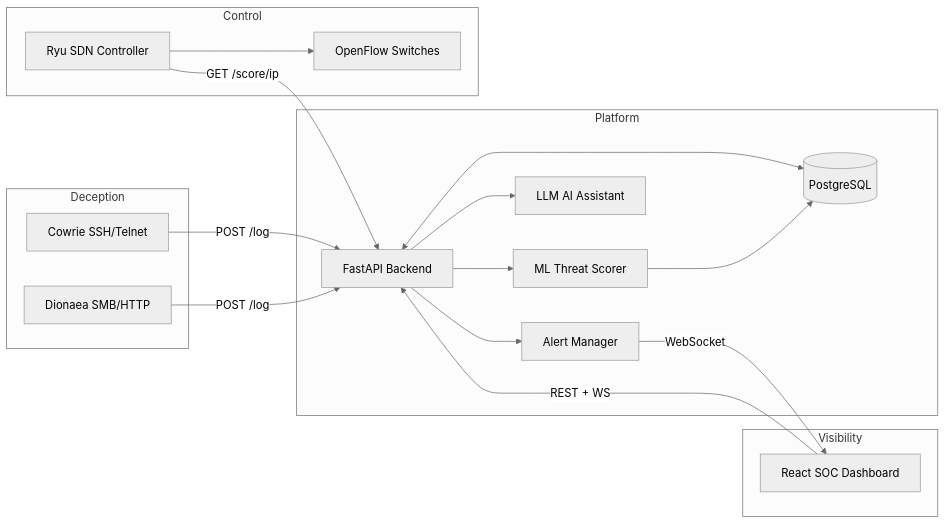
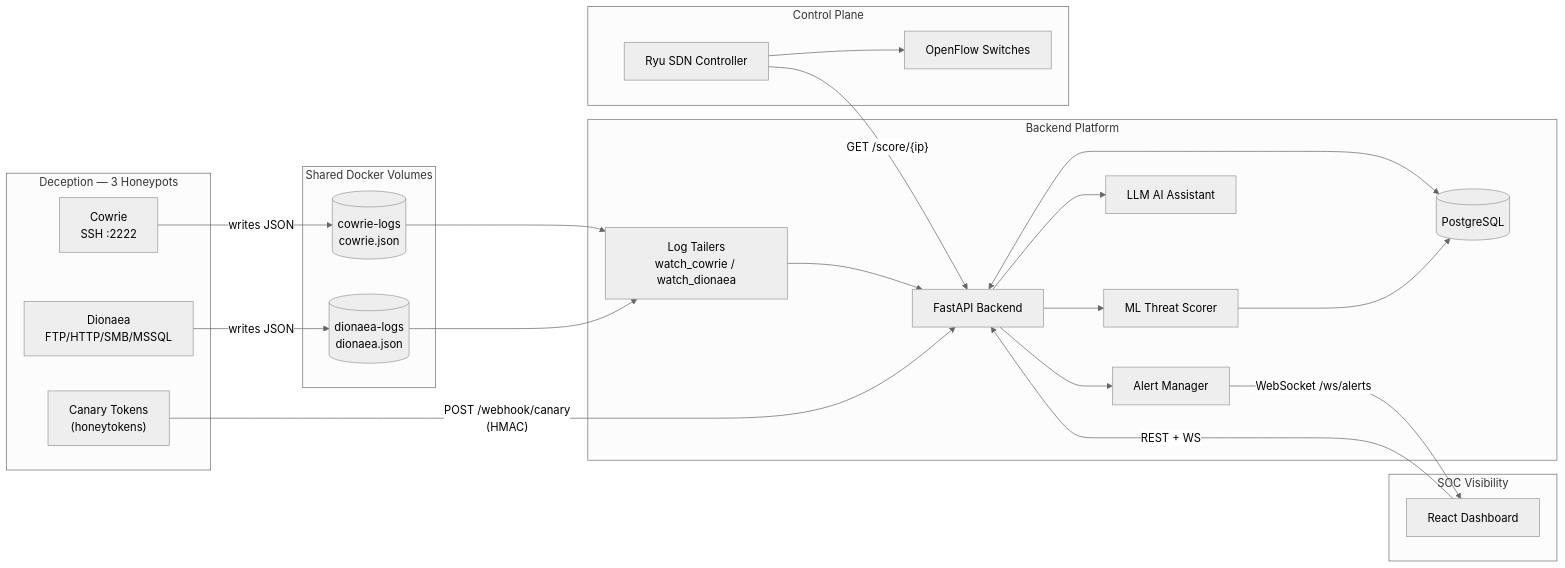
Before and after one commit to Janaashraf992/EvilTwin: the first of 2 diagrams in docs-site/docs/master-guide.md, drawn with Mermaid (neutral theme). The commit also changed other lines of this file and 48 other files, not shown here.

````diff
--- a/docs-site/docs/master-guide.md
+++ b/docs-site/docs/master-guide.md
@@ -28,33 +28,43 @@
 ```mermaid
 flowchart LR
-    subgraph Deception
-        COW[Cowrie SSH/Telnet]
-        DIO[Dionaea SMB/HTTP]
+    subgraph Deception["Deception — 3 Honeypots"]
+        COW["Cowrie<br/>SSH :2222"]
+        DIO["Dionaea<br/>FTP/HTTP/SMB/MSSQL"]
+        CAN["Canary Tokens<br/>(honeytokens)"]
     end
-    subgraph Platform
-        BE[FastAPI Backend]
+    subgraph Volumes["Shared Docker Volumes"]
+        CLOG[(cowrie-logs<br/>cowrie.json)]
+        DLOG[(dionaea-logs<br/>dionaea.json)]
+    end
+    subgraph Platform["Backend Platform"]
+        TAIL["Log Tailers<br/>watch_cowrie / watch_dionaea"]
+        BE["FastAPI Backend"]
         DB[(PostgreSQL)]
-        ML[ML Threat Scorer]
-        LLM[LLM AI Assistant]
-        AM[Alert Manager]
+        ML["ML Threat Scorer"]
+        LLM["LLM AI Assistant"]
+        AM["Alert Manager"]
     end
-    subgraph Control
-        SDN[Ryu SDN Controller]
-        SW[OpenFlow Switches]
+    subgraph Control["Control Plane"]
+        SDN["Ryu SDN Controller"]
+        SW["OpenFlow Switches"]
     end
-    subgraph Visibility
-        FE[React SOC Dashboard]
+    subgraph Visibility["SOC Visibility"]
+        FE["React Dashboard"]
     end
 
-    COW -->|POST /log| BE
-    DIO -->|POST /log| BE
+    COW -->|"writes JSON"| CLOG
+    DIO -->|"writes JSON"| DLOG
+    CLOG --> TAIL
+    DLOG --> TAIL
+    TAIL --> BE
+    CAN -->|"POST /webhook/canary<br/>(HMAC)"| BE
     BE <--> DB
     BE --> ML
     BE --> LLM
     ML --> DB
     BE --> AM
-    AM -->|WebSocket| FE
-    FE -->|REST + WS| BE
-    SDN -->|GET /score/ip| BE
+    AM -->|"WebSocket /ws/alerts"| FE
+    FE -->|"REST + WS"| BE
+    SDN -->|"GET /score/{ip}"| BE
     SDN --> SW
 ```
````
